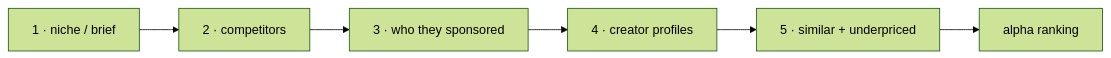
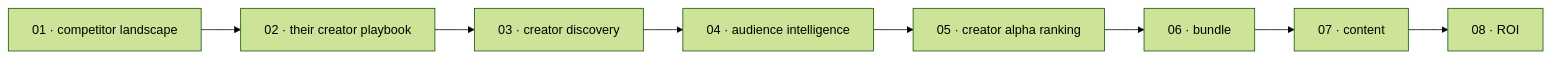
One commit to SkylarWJY/ANSIO-conversational changed the second of 2 diagrams in README.md. Above: the diagram before and after it, drawn with Mermaid (forest theme). The commit also changed other lines of this file and 1 other file, not shown here.

First line of the commit message:
docs+feat: final hackathon polish — README refresh, streaming captions, creator bios

````diff
--- a/README.md
+++ b/README.md
@@ -90,8 +94,10 @@
 ```mermaid
 flowchart LR
-    A["1 · niche / brief"] --> B["2 · competitors"]
-    B --> C["3 · who they sponsored"]
-    C --> D["4 · creator profiles"]
-    D --> E["5 · similar + underpriced"]
-    E --> F["alpha ranking"]
+    A["01 · competitor landscape"] --> B["02 · their creator playbook"]
+    B --> C["03 · creator discovery"]
+    C --> D["04 · audience intelligence"]
+    D --> E["05 · creator alpha ranking"]
+    E --> F["06 · bundle"]
+    F --> G["07 · content"]
+    G --> H["08 · ROI"]
 ```
````
